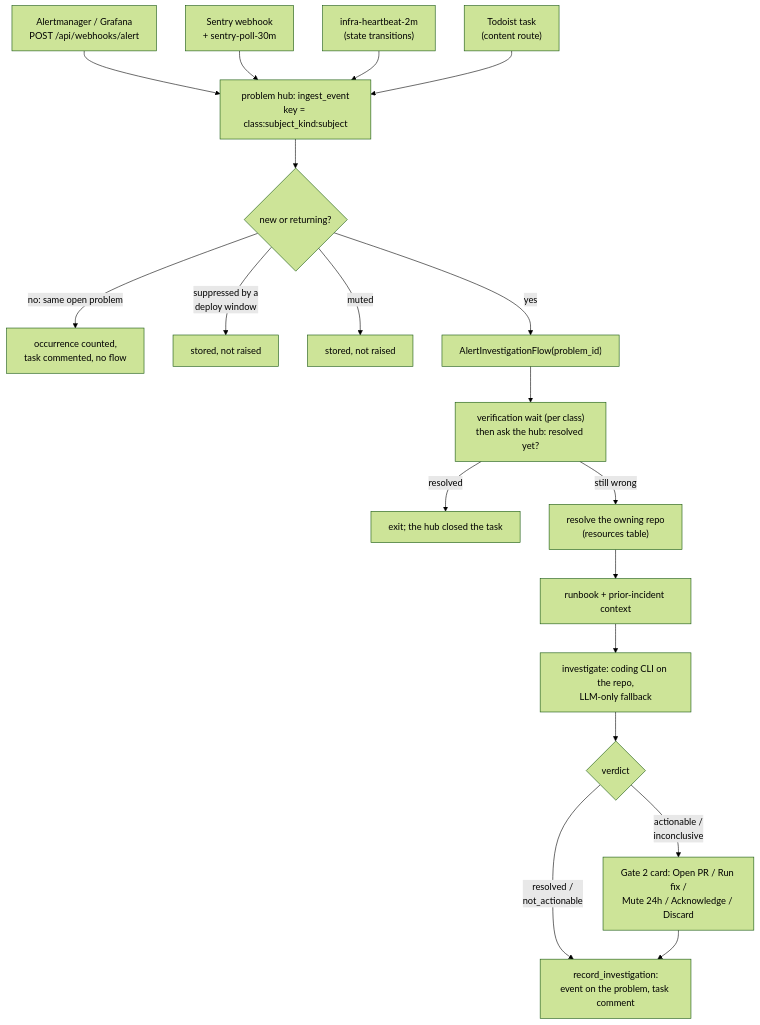
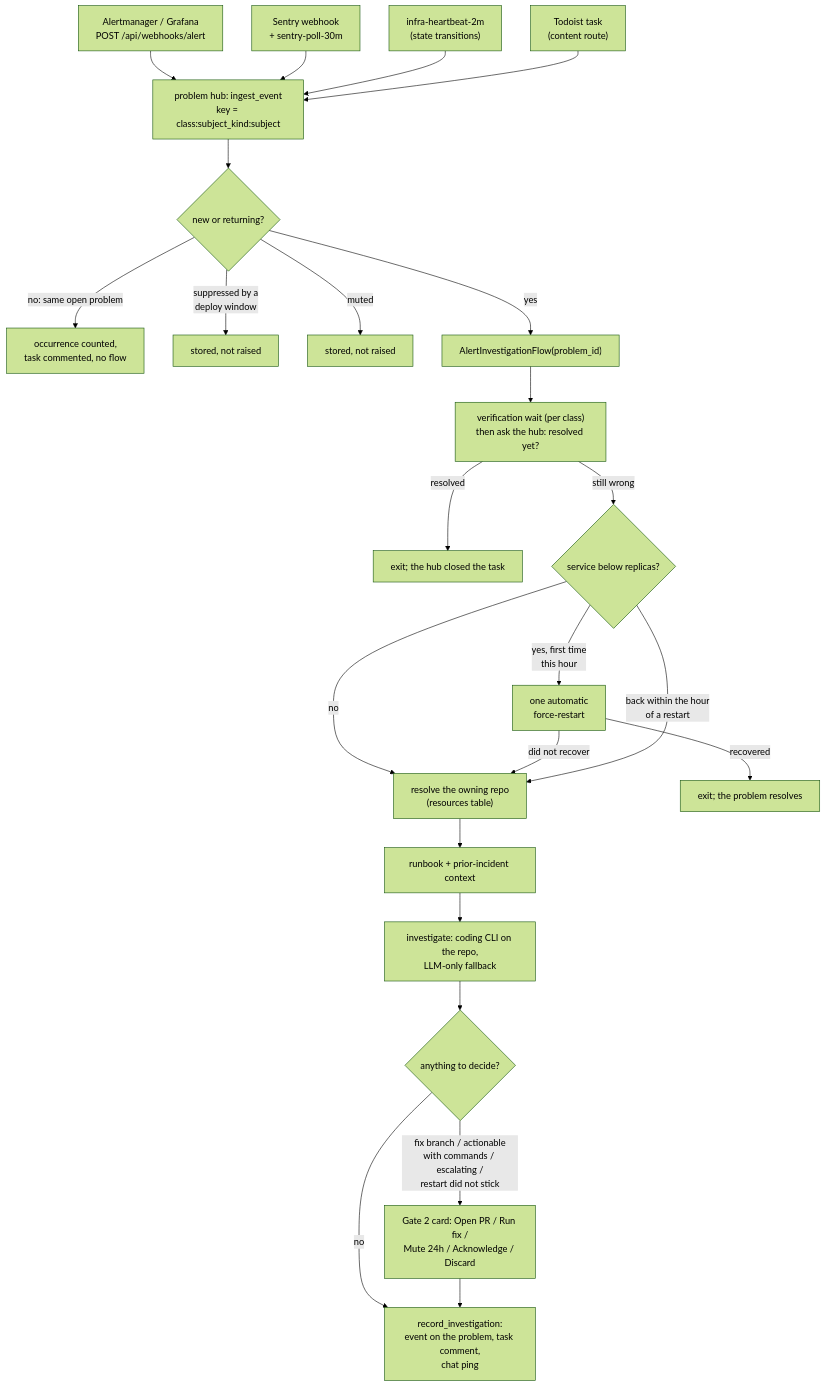
The second of 2 diagrams in docs/how-it-works.md (hikmahtech/aegis), drawn with Mermaid (forest theme) before and after one commit. The commit also changed other lines of this file and 15 other files, not shown here.

First line of the commit message:
fix(alerts): a card only when there is a decision, and one automatic restart per problem per hour (#516)

````diff
--- a/docs/how-it-works.md
+++ b/docs/how-it-works.md
@@ -481,21 +481,26 @@
 ```mermaid
 flowchart TD
     AM["Alertmanager / Grafana<br/>POST /api/webhooks/alert"] --> HUB
     SN["Sentry webhook<br/>+ sentry-poll-30m"] --> HUB
     HB["infra-heartbeat-2m<br/>(state transitions)"] --> HUB
     TT["Todoist task<br/>(content route)"] --> HUB
     HUB["problem hub: ingest_event<br/>key = class:subject_kind:subject"] --> DEC{"new or returning?"}
     DEC -- "no: same open problem" --> X2["occurrence counted,<br/>task commented, no flow"]
     DEC -- "suppressed by a<br/>deploy window" --> X3["stored, not raised"]
     DEC -- "muted" --> X4["stored, not raised"]
     DEC -- yes --> AI["AlertInvestigationFlow(problem_id)"]
     AI --> VD["verification wait (per class)<br/>then ask the hub: resolved yet?"]
     VD -- resolved --> X5["exit; the hub closed the task"]
-    VD -- "still wrong" --> RR["resolve the owning repo<br/>(resources table)"]
+    VD -- "still wrong" --> RS{"service below replicas?"}
+    RS -- "no" --> RR["resolve the owning repo<br/>(resources table)"]
+    RS -- "yes, first time<br/>this hour" --> FR["one automatic<br/>force-restart"]
+    FR -- recovered --> X6["exit; the problem resolves"]
+    FR -- "did not recover" --> RR
+    RS -- "back within the hour<br/>of a restart" --> RR
     RR --> KC["runbook + prior-incident context"]
     KC --> IV["investigate: coding CLI on the repo,<br/>LLM-only fallback"]
-    IV --> VE{"verdict"}
-    VE -- "resolved /<br/>not_actionable" --> NO["record_investigation:<br/>event on the problem, task comment"]
-    VE -- "actionable /<br/>inconclusive" --> G2["Gate 2 card: Open PR / Run fix /<br/>Mute 24h / Acknowledge / Discard"]
+    IV --> VE{"anything to decide?"}
+    VE -- "no" --> NO["record_investigation:<br/>event on the problem, task comment,<br/>chat ping"]
+    VE -- "fix branch / actionable<br/>with commands / escalating /<br/>restart did not stick" --> G2["Gate 2 card: Open PR / Run fix /<br/>Mute 24h / Acknowledge / Discard"]
     G2 --> NO
 ```
````
